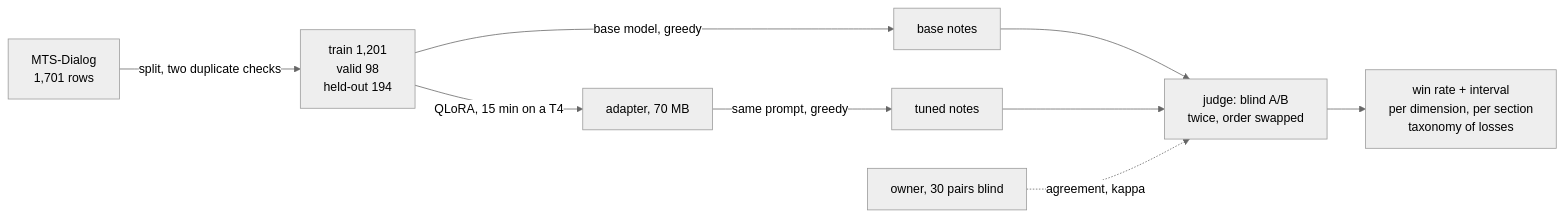
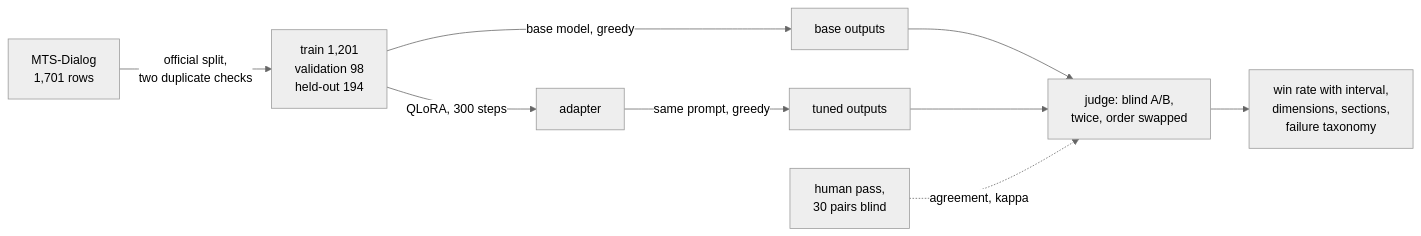
The first of 4 diagrams in WALKTHROUGH.md (J-Jurza/lora-eval-lab), drawn with Mermaid (neutral theme) before and after one commit. The commit also changed other lines of this file and 1 other file, not shown here.

````diff
--- a/WALKTHROUGH.md
+++ b/WALKTHROUGH.md
@@ -29,11 +46,11 @@
 ```mermaid
 flowchart LR
-    D["MTS-Dialog<br/>1,701 rows"] -->|"split, two duplicate checks"| S["train 1,201<br/>valid 98<br/>held-out 194"]
-    S -->|"base model, greedy"| B["base notes"]
-    S -->|"QLoRA, 15 min on a T4"| A["adapter, 70 MB"]
-    A -->|"same prompt, greedy"| T["tuned notes"]
-    B --> J["judge: blind A/B<br/>twice, order swapped"]
+    D["MTS-Dialog<br/>1,701 rows"] -->|"official split,<br/>two duplicate checks"| S["train 1,201<br/>validation 98<br/>held-out 194"]
+    S -->|"base model, greedy"| B["base outputs"]
+    S -->|"QLoRA, 300 steps"| A["adapter"]
+    A -->|"same prompt, greedy"| T["tuned outputs"]
+    B --> J["judge: blind A/B,<br/>twice, order swapped"]
     T --> J
-    H["owner, 30 pairs blind"] -.->|"agreement, kappa"| J
-    J --> M["win rate + interval<br/>per dimension, per section<br/>taxonomy of losses"]
+    H["human pass,<br/>30 pairs blind"] -.->|"agreement, kappa"| J
+    J --> M["win rate with interval,<br/>dimensions, sections,<br/>failure taxonomy"]
 ```
````
